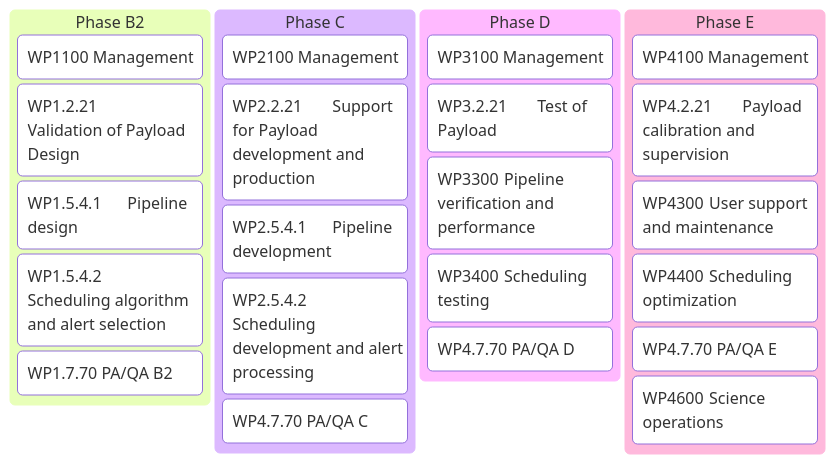
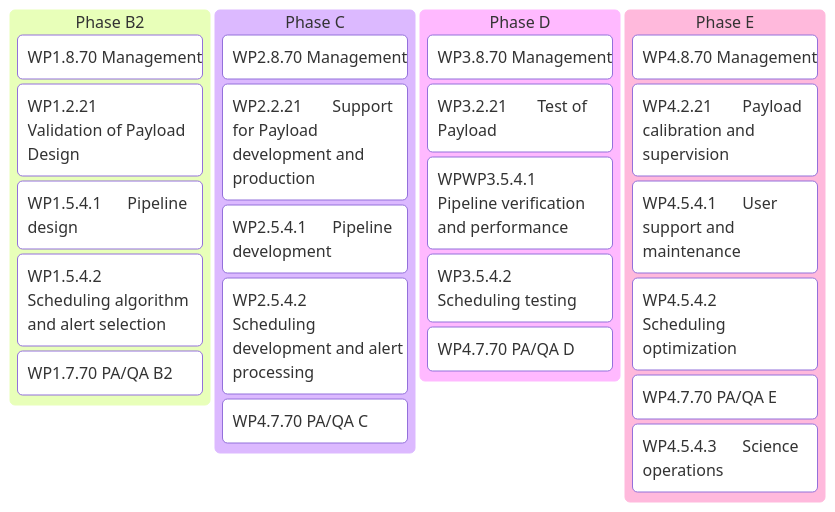
The second of 2 diagrams in calib/Workflow.md (limu007/quvik), drawn with Mermaid before and after one commit. The commit also changed other lines of this file, not shown here.

Commit message:
Update workflow management versions in Workflow.md

````diff
--- a/calib/Workflow.md
+++ b/calib/Workflow.md
@@ -19,33 +19,33 @@
 ```mermaid
 ---
 config:
   kanban:
     ticketBaseUrl: 'https://quvik.cz/browse/#TICKET#'
 ---
 kanban
   Phase B2
-    [WP1100 Management]
+    [WP1.8.70 Management]
     WP1.2.21	Validation of Payload Design
     WP1.5.4.1	Pipeline design
     WP1.5.4.2	Scheduling algorithm and alert selection
     WP1.7.70	PA/QA B2
   [Phase C]
-    [WP2100 Management]
+    [WP2.8.70 Management]
     WP2.2.21	Support for Payload development and production
     WP2.5.4.1	Pipeline development@{ticket:pip_dev}
     WP2.5.4.2	Scheduling development and alert processing
     WP4.7.70	PA/QA C
   id9[Phase D]
-    [WP3100 Management]
+    [WP3.8.70 Management]
     WP3.2.21	Test of Payload
-    WP3300	Pipeline verification and performance
-    WP3400	Scheduling testing
+    WPWP3.5.4.1	Pipeline verification and performance
+    WP3.5.4.2	Scheduling testing
     WP4.7.70	PA/QA D
   id10[Phase E]
-    [WP4100 Management]
+    [WP4.8.70 Management]
     WP4.2.21	Payload calibration and supervision
-    WP4300	User support and maintenance
-    WP4400	Scheduling optimization
+    WP4.5.4.1	User support and maintenance
+    WP4.5.4.2	Scheduling optimization
     WP4.7.70	PA/QA E
-    WP4600	Science operations
+    WP4.5.4.3	Science operations
 ```
````
